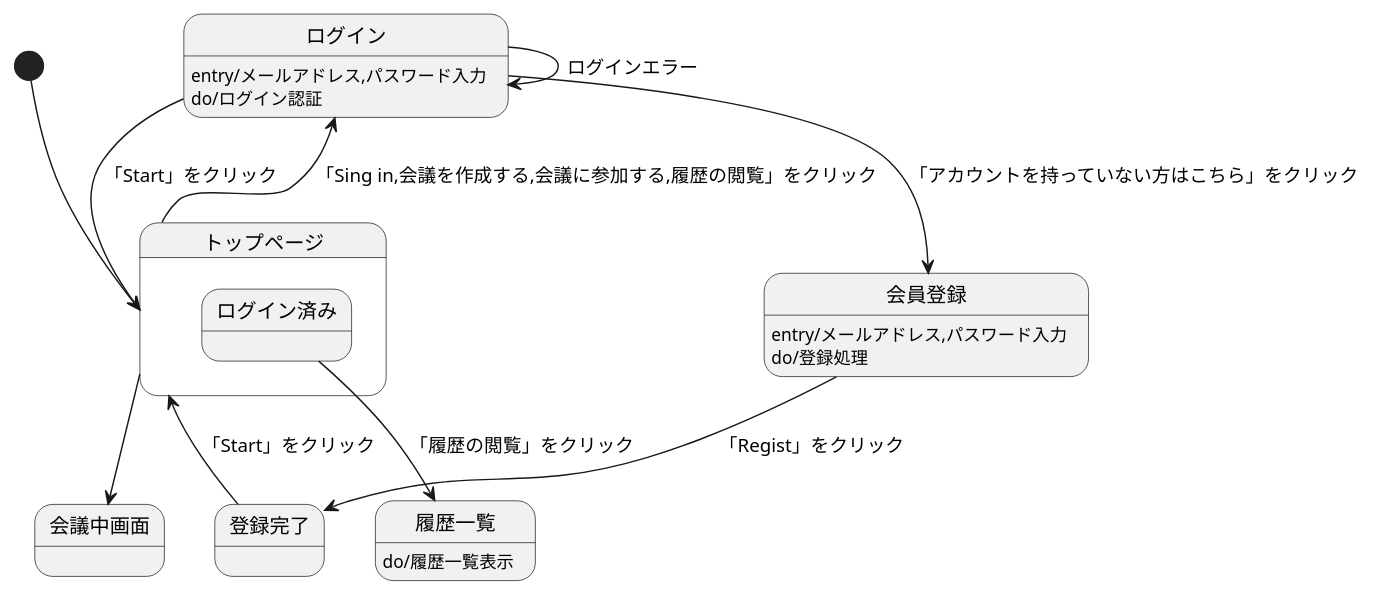
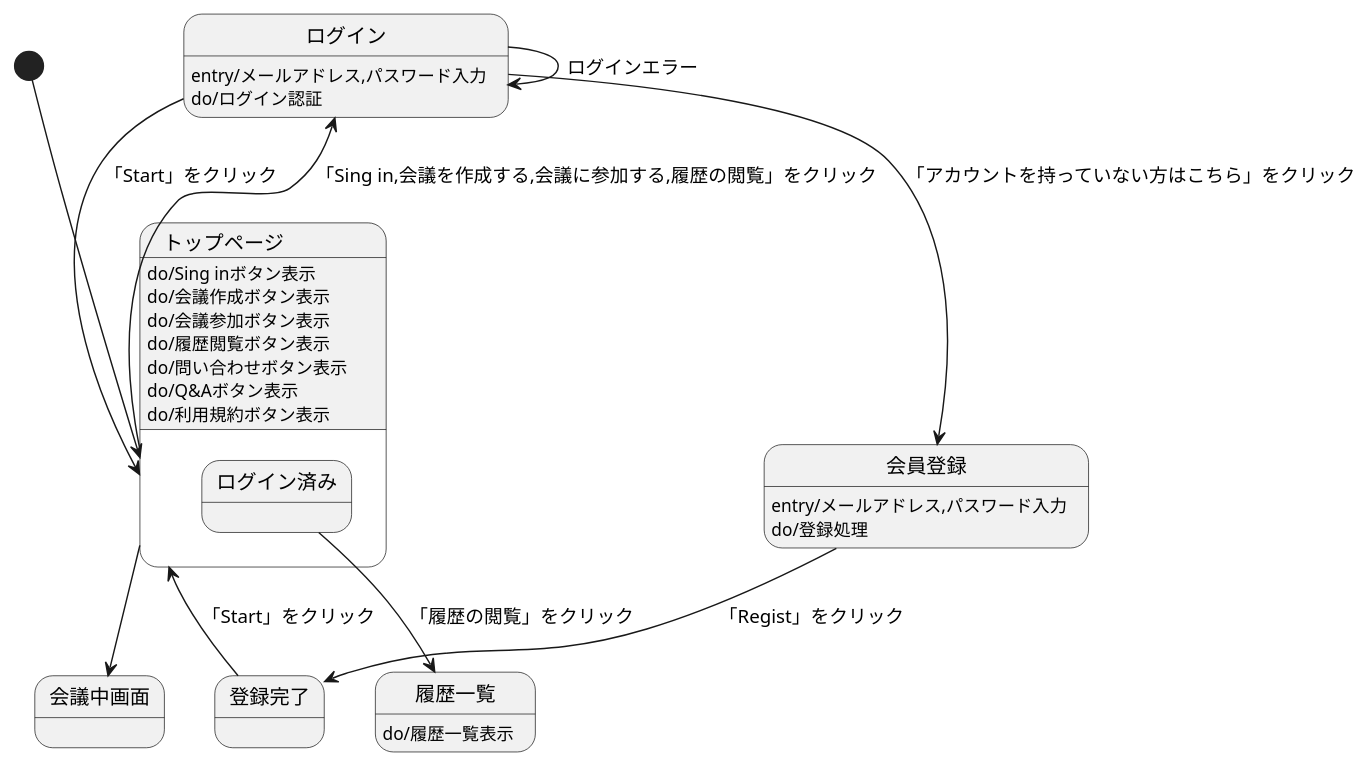
The diagram in 画面遷移図.md (Aso2001031/2021sys-design), drawn with PlantUML before and after one commit.

````diff
--- a/画面遷移図.md
+++ b/画面遷移図.md
@@ -1,32 +1,39 @@
 ```uml
 @startuml
 
 [*] -down-> トップページ
 
 State トップページ {
   state ログイン済み {
   
   }
 }
+トップページ : do/Sing inボタン表示
+トップページ : do/会議作成ボタン表示
+トップページ : do/会議参加ボタン表示
+トップページ : do/履歴閲覧ボタン表示
+トップページ : do/問い合わせボタン表示
+トップページ : do/Q&Aボタン表示
+トップページ : do/利用規約ボタン表示
 トップページ -down-> ログイン :「Sing in,会議を作成する,会議に参加する,履歴の閲覧」をクリック
 トップページ --> 会議中画面
 
 
 ログイン : entry/メールアドレス,パスワード入力
 ログイン : do/ログイン認証
 ログイン --> トップページ :「Start」をクリック
 ログイン --> 会員登録 :「アカウントを持っていない方はこちら」をクリック
 ログイン --> ログイン :ログインエラー
 
 会員登録 : entry/メールアドレス,パスワード入力
 会員登録 : do/登録処理
 会員登録 --> 登録完了 : 「Regist」をクリック
 
 登録完了 --> トップページ :「Start」をクリック
 
 ログイン済み --> 履歴一覧 :「履歴の閲覧」をクリック
 
 履歴一覧 :do/履歴一覧表示
 
 @enduml
 ```
````
